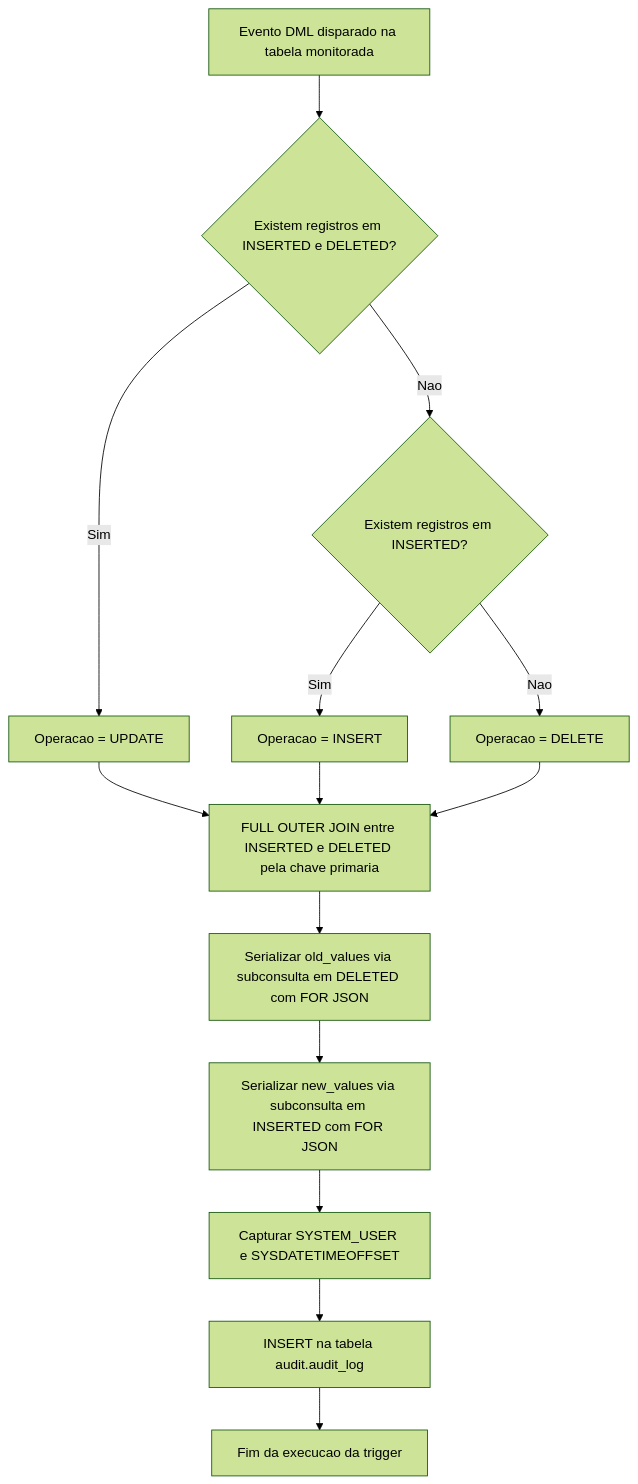
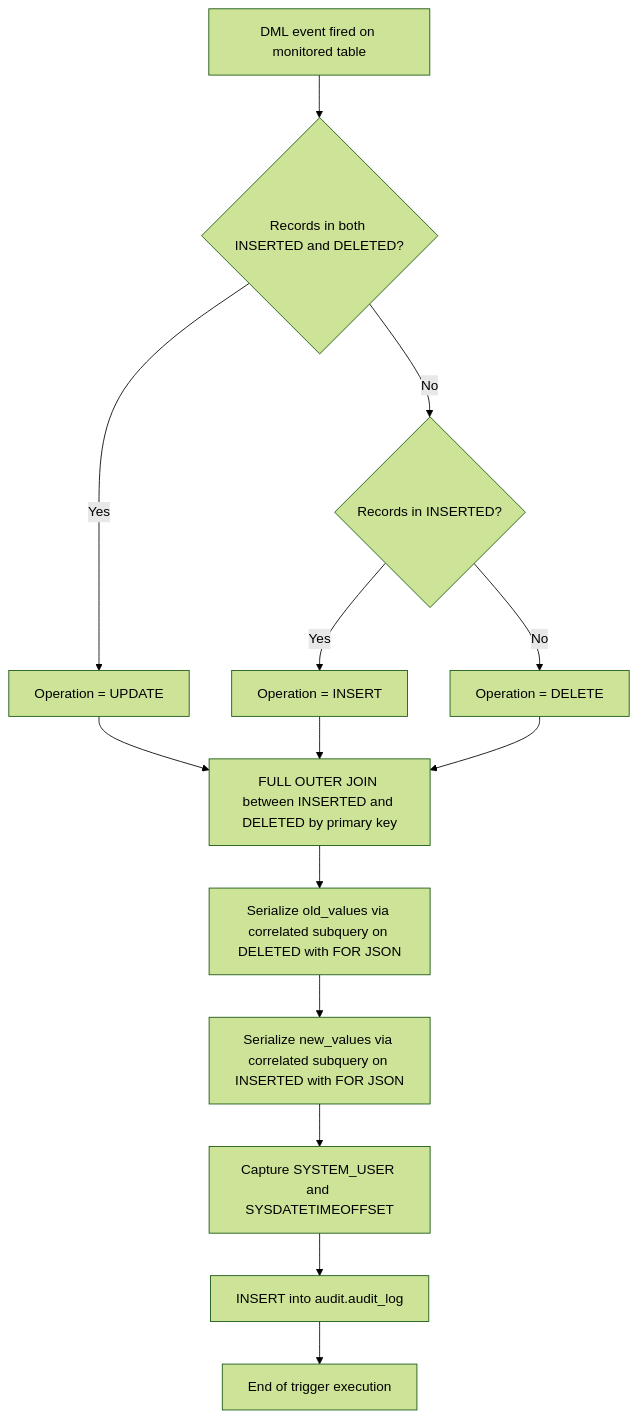
One commit to gft-us-wynxx/GftUs.Samples.NovoCard.SQL changed the diagram in doc/database/triggers/trg_card_status_audit.md. Above: the diagram before and after it, drawn with Mermaid (forest theme). The commit also changed other lines of this file and 35 other files, not shown here.

````diff
--- a/doc/database/triggers/trg_card_status_audit.md
+++ b/doc/database/triggers/trg_card_status_audit.md
@@ -59,16 +57,16 @@
 ```mermaid
 graph TD
-    A[Evento DML disparado na tabela monitorada] --> B{Existem registros em INSERTED e DELETED?}
-    B -- Sim --> C[Operacao = UPDATE]
-    B -- Nao --> D{Existem registros em INSERTED?}
-    D -- Sim --> E[Operacao = INSERT]
-    D -- Nao --> F[Operacao = DELETE]
-    C --> G[FULL OUTER JOIN entre INSERTED e DELETED pela chave primaria]
+    A[DML event fired on monitored table] --> B{Records in both INSERTED and DELETED?}
+    B -- Yes --> C[Operation = UPDATE]
+    B -- No --> D{Records in INSERTED?}
+    D -- Yes --> E[Operation = INSERT]
+    D -- No --> F[Operation = DELETE]
+    C --> G[FULL OUTER JOIN between INSERTED and DELETED by primary key]
     E --> G
     F --> G
-    G --> H[Serializar old_values via subconsulta em DELETED com FOR JSON]
-    H --> I[Serializar new_values via subconsulta em INSERTED com FOR JSON]
-    I --> J[Capturar SYSTEM_USER e SYSDATETIMEOFFSET]
-    J --> K[INSERT na tabela audit.audit_log]
-    K --> L[Fim da execucao da trigger]
+    G --> H[Serialize old_values via correlated subquery on DELETED with FOR JSON]
+    H --> I[Serialize new_values via correlated subquery on INSERTED with FOR JSON]
+    I --> J[Capture SYSTEM_USER and SYSDATETIMEOFFSET]
+    J --> K[INSERT into audit.audit_log]
+    K --> L[End of trigger execution]
 ```
````
